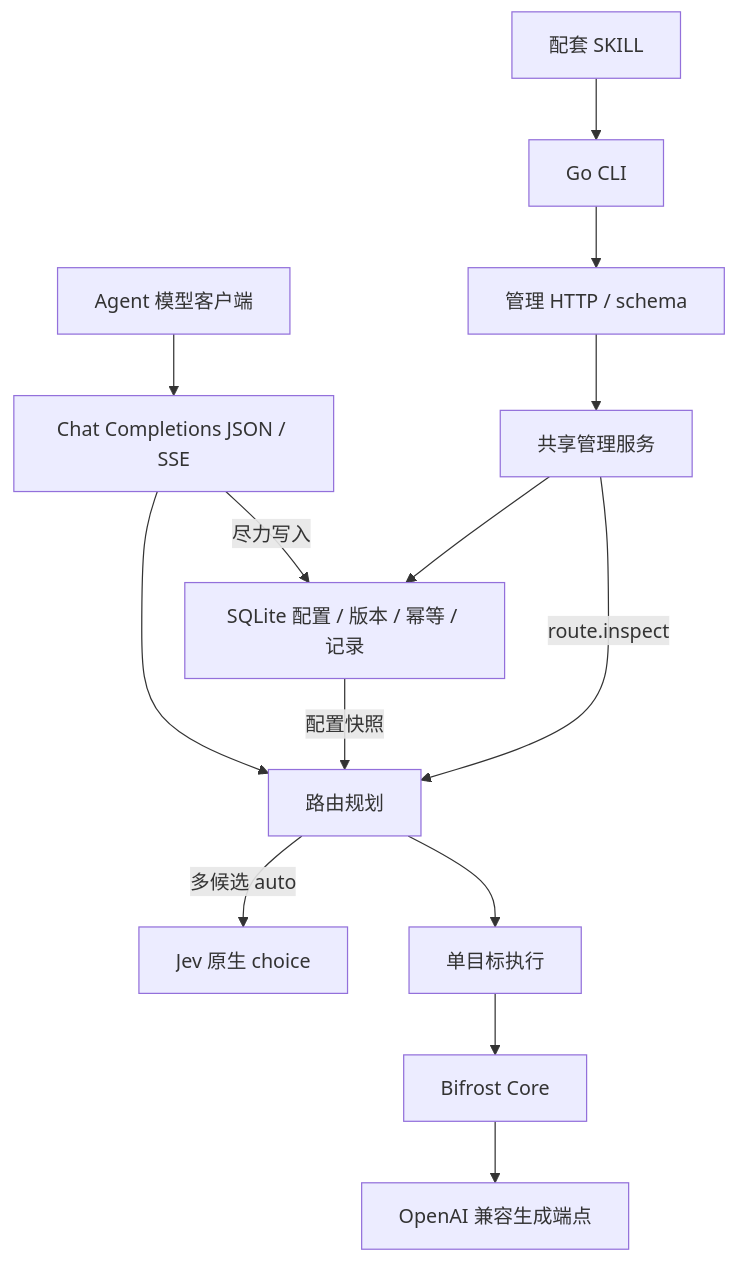
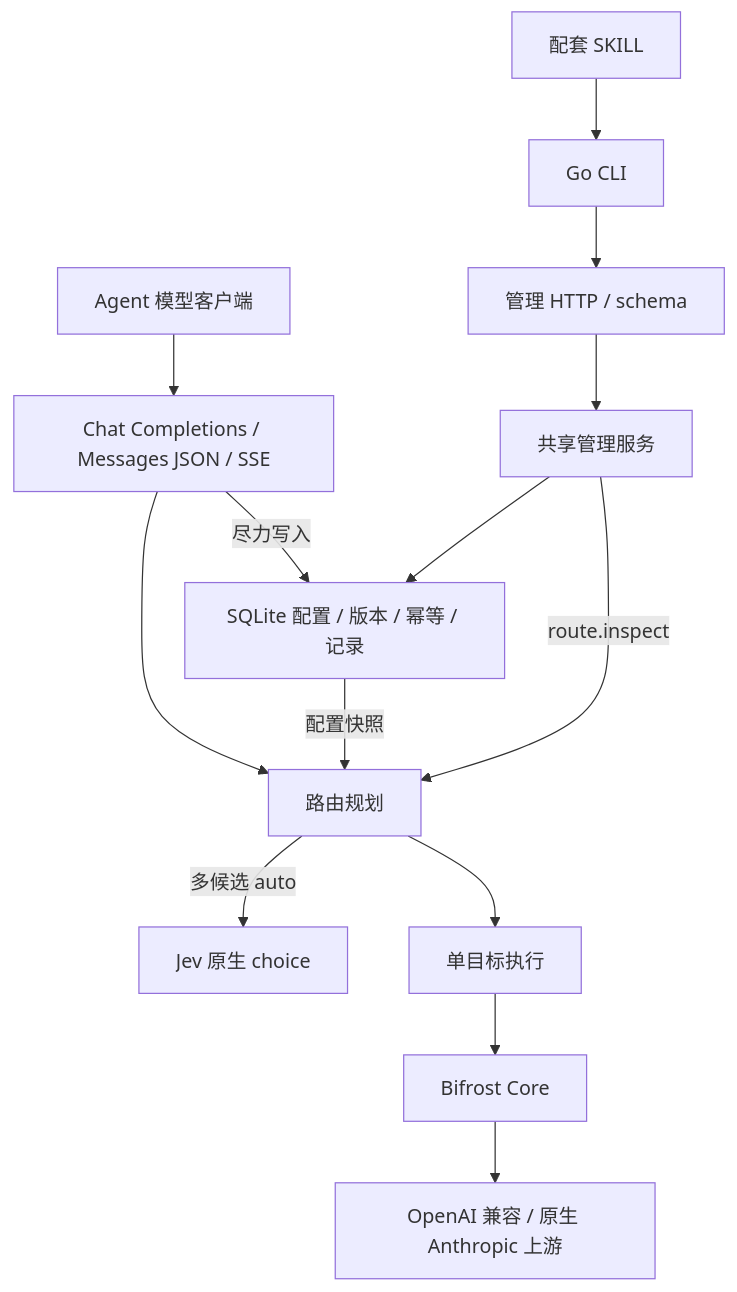
Before and after one commit to zerone-agents/jev-model-router: the diagram in README.zh-CN.md, drawn with Mermaid. The commit also changed other lines of this file and 23 other files, not shown here.

````diff
--- a/README.zh-CN.md
+++ b/README.zh-CN.md
@@ -76,16 +104,16 @@
 ```mermaid
 flowchart TD
-    Agent[Agent 模型客户端] --> API[Chat Completions JSON / SSE]
+    Agent[Agent 模型客户端] --> API[Chat Completions / Messages JSON / SSE]
     Skill[配套 SKILL] --> CLI[Go CLI]
     CLI --> Admin[管理 HTTP / schema]
     Admin --> Management[共享管理服务]
     Management --> SQLite[SQLite 配置 / 版本 / 幂等 / 记录]
     Management -->|route.inspect| Planner[路由规划]
     API --> Planner
     SQLite -->|配置快照| Planner
     Planner -->|多候选 auto| Jev[Jev 原生 choice]
     Planner --> Executor[单目标执行]
     Executor --> Bifrost[Bifrost Core]
-    Bifrost --> Models[OpenAI 兼容生成端点]
+    Bifrost --> Models[OpenAI 兼容 / 原生 Anthropic 上游]
     API -->|尽力写入| SQLite
 ```
````
